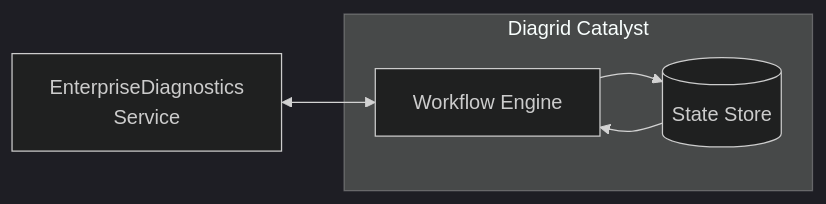
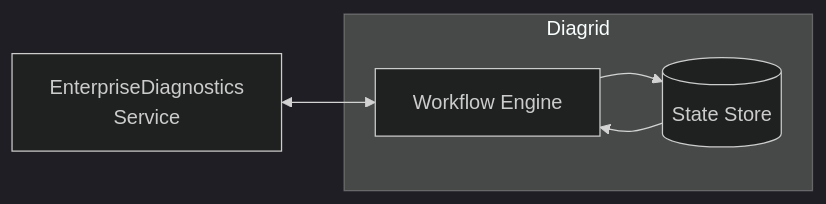
One commit to diagrid-labs/dapr-workflow-versioning changed the diagram in .demo/slides/technologies-catalyst.md. Above: the diagram before and after it, drawn with Mermaid (dark theme).

Commit message:
Label the Diagrid subgraph Diagrid in the local setup slide

````diff
--- a/.demo/slides/technologies-catalyst.md
+++ b/.demo/slides/technologies-catalyst.md
@@ -14,12 +14,12 @@
 ```mermaid
 graph LR
     Service[EnterpriseDiagnostics
     Service]
-    subgraph Diagrid Catalyst
+    subgraph Diagrid
         Sidecar[Workflow Engine]
         Store[(State Store)]
     end
     Service <--> Sidecar
     Sidecar --> Store
     Store --> Sidecar
 ```
````
